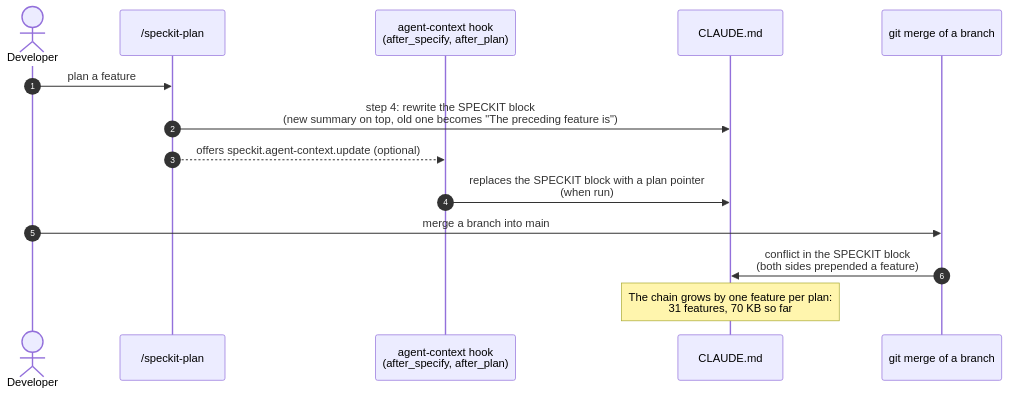
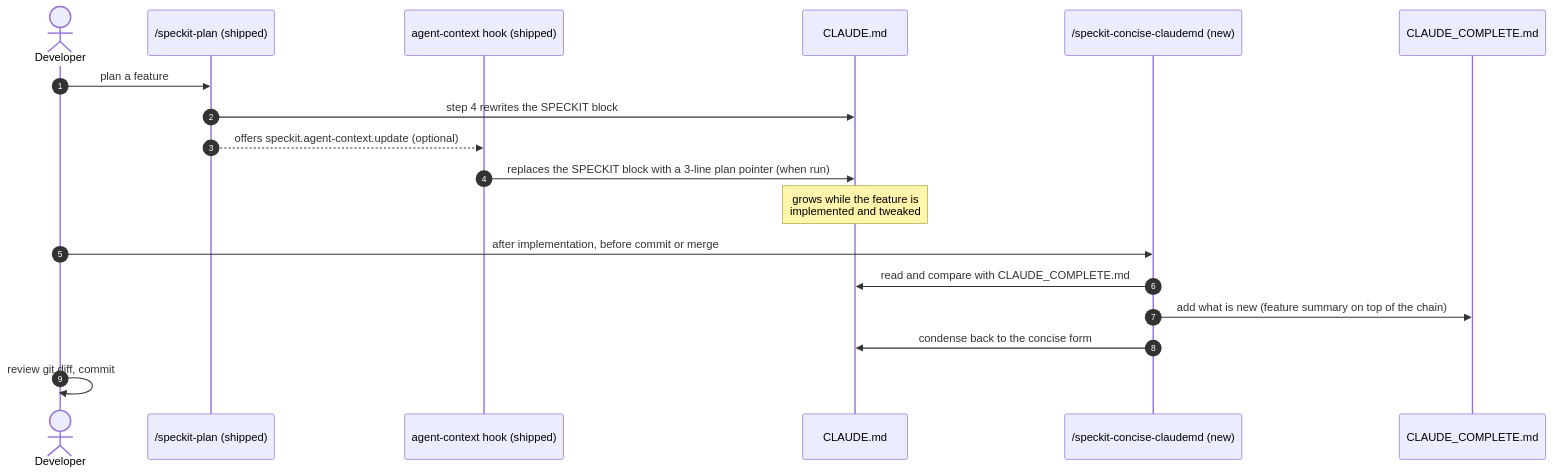
The third of 5 diagrams in requirements/20261101-042151-concise-claude-md/requirements-report.md (roadraceresults/crowdpoll), drawn with Mermaid before and after one commit. The commit also changed other lines of this file and 20 other files, not shown here.

First line of the commit message:
Concise CLAUDE.md: add /speckit-concise-claudemd skill

````diff
--- a/requirements/20261101-042151-concise-claude-md/requirements-report.md
+++ b/requirements/20261101-042151-concise-claude-md/requirements-report.md
@@ -99,17 +109,21 @@
 ```mermaid
 sequenceDiagram
     autonumber
     actor Dev as Developer
-    participant Plan as /speckit-plan
-    participant Hook as agent-context hook<br/>(after_specify, after_plan)
+    participant Plan as /speckit-plan (shipped)
+    participant Hook as agent-context hook (shipped)
     participant CM as CLAUDE.md
-    participant Merge as git merge of a branch
+    participant Skill as /speckit-concise-claudemd (new)
+    participant CC as CLAUDE_COMPLETE.md
 
     Dev->>Plan: plan a feature
-    Plan->>CM: step 4: rewrite the SPECKIT block<br/>(new summary on top, old one becomes "The preceding feature is")
+    Plan->>CM: step 4 rewrites the SPECKIT block
     Plan-->>Hook: offers speckit.agent-context.update (optional)
-    Hook->>CM: replaces the SPECKIT block with a plan pointer<br/>(when run)
-    Dev->>Merge: merge a branch into main
-    Merge->>CM: conflict in the SPECKIT block<br/>(both sides prepended a feature)
-    Note over CM: The chain grows by one feature per plan:<br/>31 features, 70 KB so far
+    Hook->>CM: replaces the SPECKIT block with a 3-line plan pointer (when run)
+    Note over CM: grows while the feature is<br/>implemented and tweaked
+    Dev->>Skill: after implementation, before commit or merge
+    Skill->>CM: read and compare with CLAUDE_COMPLETE.md
+    Skill->>CC: add what is new (feature summary on top of the chain)
+    Skill->>CM: condense back to the concise form
+    Dev->>Dev: review git diff, commit
 ```
````
